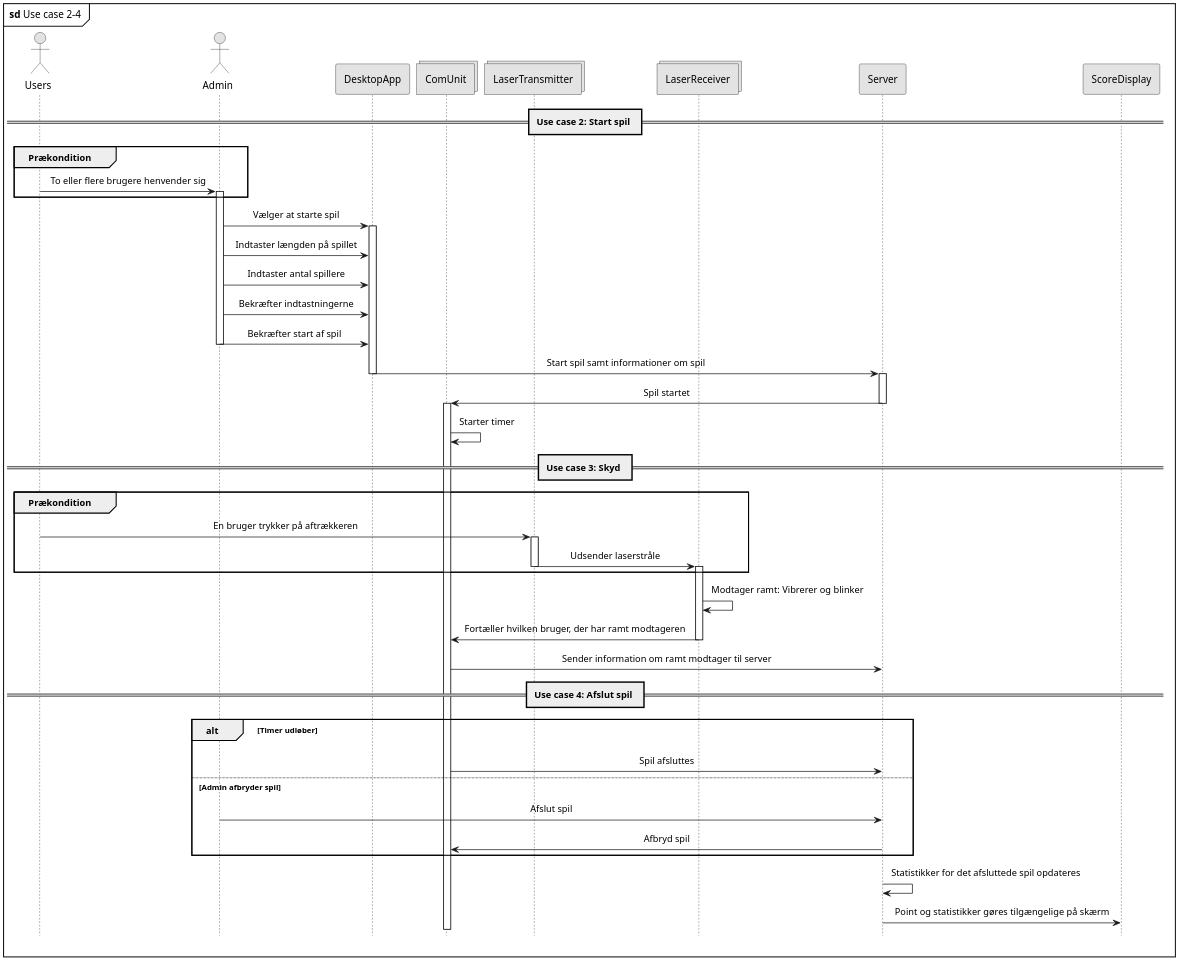
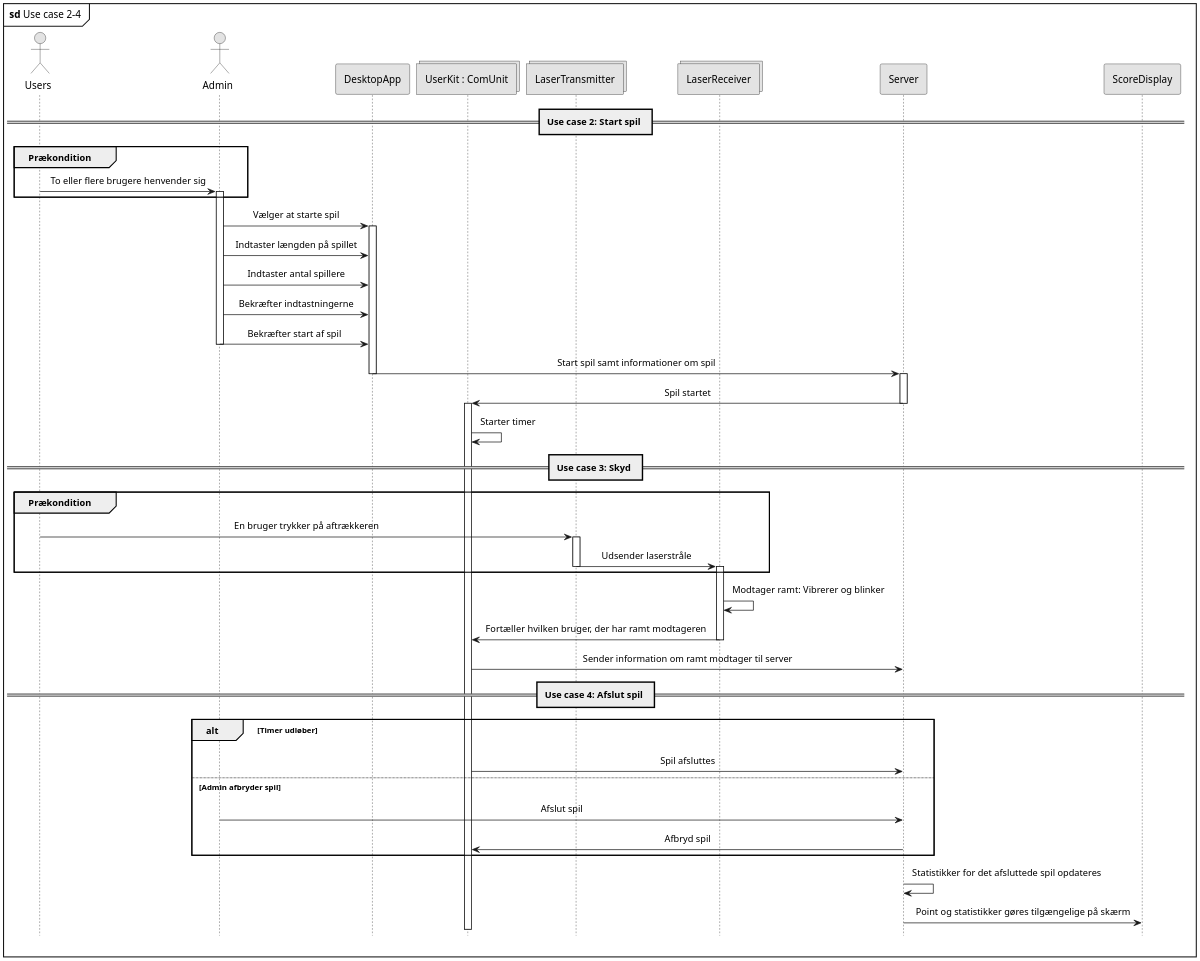
Before and after one commit to LasseKrarup/Laser-Tag-Project: the diagram in PlantUML/src/ssd-uc2-4.plantuml, drawn with PlantUML. The commit also changed 1 other file, not shown here.

```diff
--- a/PlantUML/src/ssd-uc2-4.plantuml
+++ b/PlantUML/src/ssd-uc2-4.plantuml
@@ -1,78 +1,78 @@
 @startuml ssd-uc2-4
 
 hide footbox
 
 skinparam {
     monochrome true
     dpi 200
     padding 5
     sequenceMessageAlign center
     packageStyle frame
     shadowing false
     'backgroundColor transparent
 }
 
 mainframe **sd** Use case 2-4
 
 actor Users as users
 actor Admin as admin
 participant "DesktopApp" as desktopApp
-collections "ComUnit" as comUnit
+collections "UserKit : ComUnit" as comUnit
 collections "LaserTransmitter" as transmitter
 collections "LaserReceiver" as receiver
 participant "Server" as server
 participant "ScoreDisplay" as display
 
 == Use case 2: Start spil ==
 
 group Prækondition
     users -> admin: To eller flere brugere henvender sig
     activate admin
 end
 
 admin -> desktopApp: Vælger at starte spil
 activate desktopApp
 admin -> desktopApp: Indtaster længden på spillet
 admin -> desktopApp: Indtaster antal spillere
 admin -> desktopApp: Bekræfter indtastningerne
 admin -> desktopApp: Bekræfter start af spil
 deactivate admin
 desktopApp -> server: Start spil samt informationer om spil
 deactivate desktopApp
 activate server
 server -> comUnit: Spil startet
 deactivate server
 activate comUnit
 comUnit -> comUnit: Starter timer
 
 == Use case 3: Skyd ==
 
 group Prækondition
     users -> transmitter: En bruger trykker på aftrækkeren
     activate transmitter
     transmitter -> receiver: Udsender laserstråle
     deactivate transmitter
     activate receiver
 end
 
 receiver -> receiver: Modtager ramt: Vibrerer og blinker
 
 receiver -> comUnit: Fortæller hvilken bruger, der har ramt modtageren
 deactivate receiver
 
 comUnit -> server: Sender information om ramt modtager til server
 
 == Use case 4: Afslut spil ==
 
 alt Timer udløber
     comUnit -> server: Spil afsluttes
 else Admin afbryder spil
     admin -> server: Afslut spil
     server -> comUnit: Afbryd spil
 
 end
 
 server -> server: Statistikker for det afsluttede spil opdateres
 server -> display: Point og statistikker gøres tilgængelige på skærm
 
 @enduml
```
